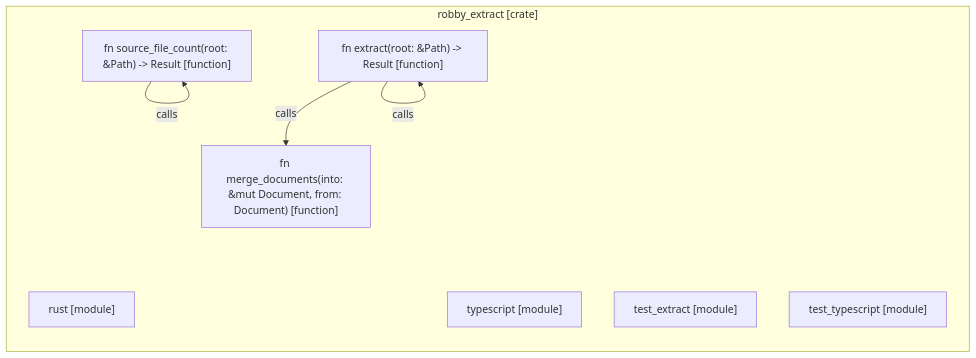
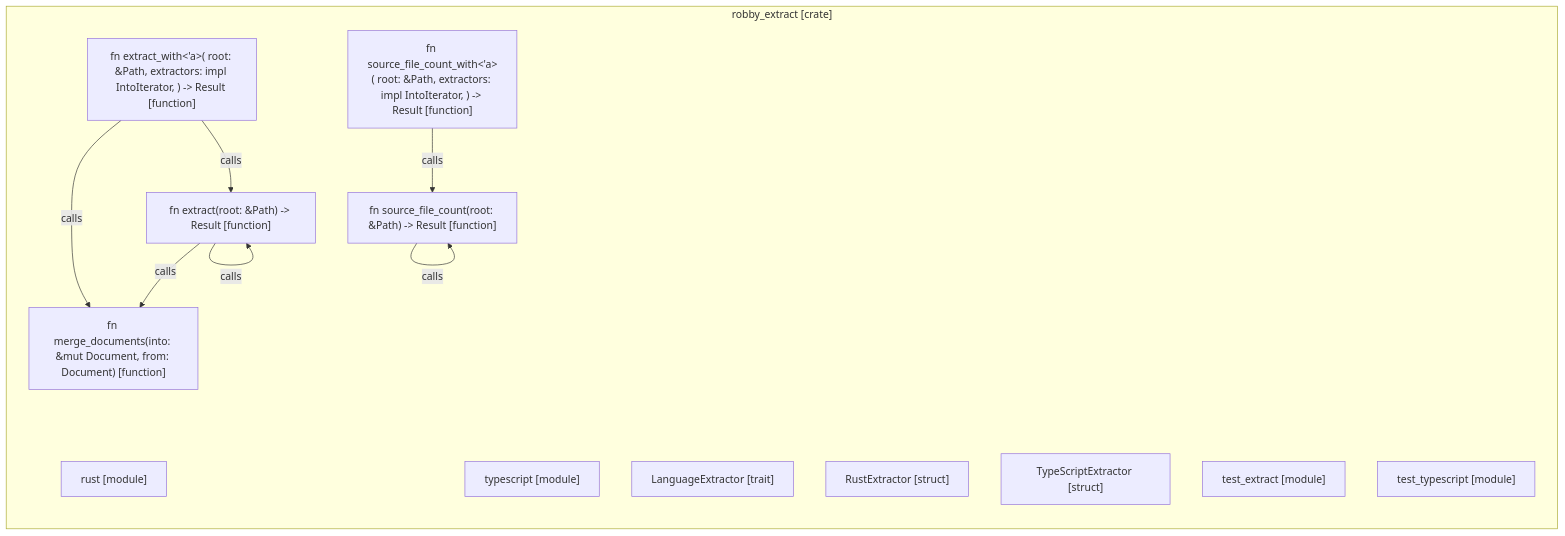
One commit to RyanGuild/self-describing-code changed the diagram in .robby/diagrams/graph-rust-robby-extract.mmd. Above: the diagram before and after it, drawn with Mermaid. The commit also changed 413 other files, not shown here.

```diff
--- a/.robby/diagrams/graph-rust-robby-extract.mmd
+++ b/.robby/diagrams/graph-rust-robby-extract.mmd
@@ -1,14 +1,22 @@
 flowchart TD
     subgraph n_ea78dce2fbcbf64f["robby_extract [crate]"]
         direction TB
         n_a95c010a8299da11["rust [module]"]
         n_65efc424c4086ad0["typescript [module]"]
+        n_995e0cb030ef8c17["LanguageExtractor [trait]"]
+        n_5be6d2eb074fd697["RustExtractor [struct]"]
+        n_2ea7436832452728["TypeScriptExtractor [struct]"]
         n_9a097a01ca297a4c["fn extract(root: &Path) -> Result<Document> [function]"]
+        n_a2836e8fda63021d["fn extract_with<'a>( root: &Path, extractors: impl IntoIterator<Item = &'a dyn LanguageExtractor>, ) -> Result<Document> [function]"]
         n_0478cf609a402211["fn source_file_count(root: &Path) -> Result<usize> [function]"]
+        n_eb327c4de66cd1f6["fn source_file_count_with<'a>( root: &Path, extractors: impl IntoIterator<Item = &'a dyn LanguageExtractor>, ) -> Result<usize> [function]"]
         n_6b8440ffa3a2e7c0["fn merge_documents(into: &mut Document, from: Document) [function]"]
         n_286b1b9602b65f8d["test_extract [module]"]
         n_707c83973fcabf1f["test_typescript [module]"]
     end
     n_0478cf609a402211 -->|calls| n_0478cf609a402211
     n_9a097a01ca297a4c -->|calls| n_6b8440ffa3a2e7c0
     n_9a097a01ca297a4c -->|calls| n_9a097a01ca297a4c
+    n_a2836e8fda63021d -->|calls| n_6b8440ffa3a2e7c0
+    n_a2836e8fda63021d -->|calls| n_9a097a01ca297a4c
+    n_eb327c4de66cd1f6 -->|calls| n_0478cf609a402211
```
